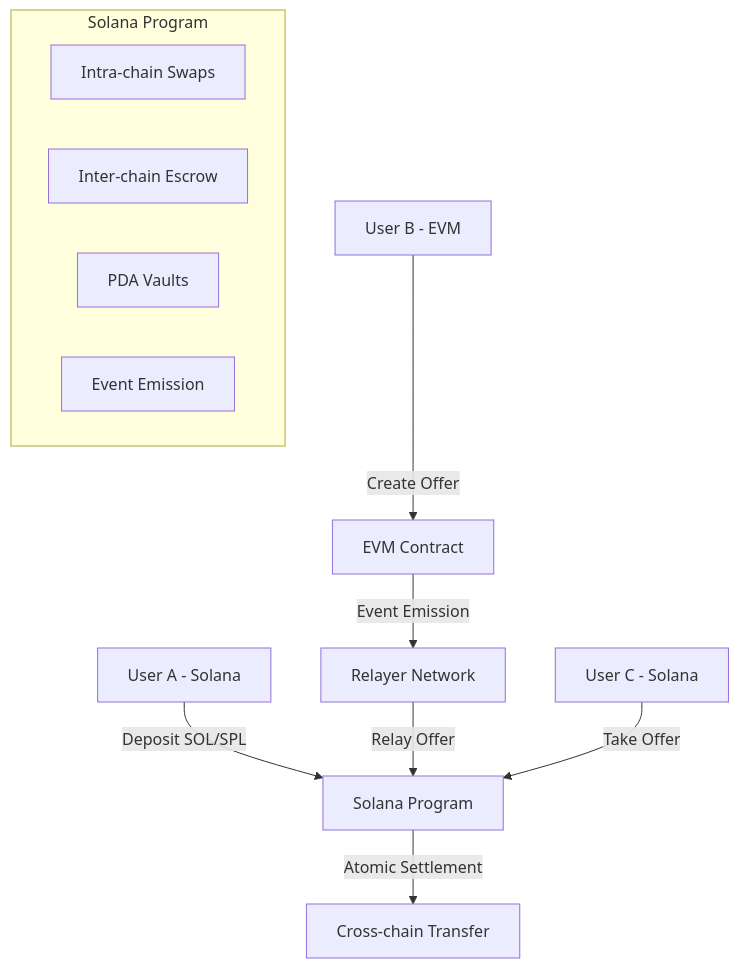
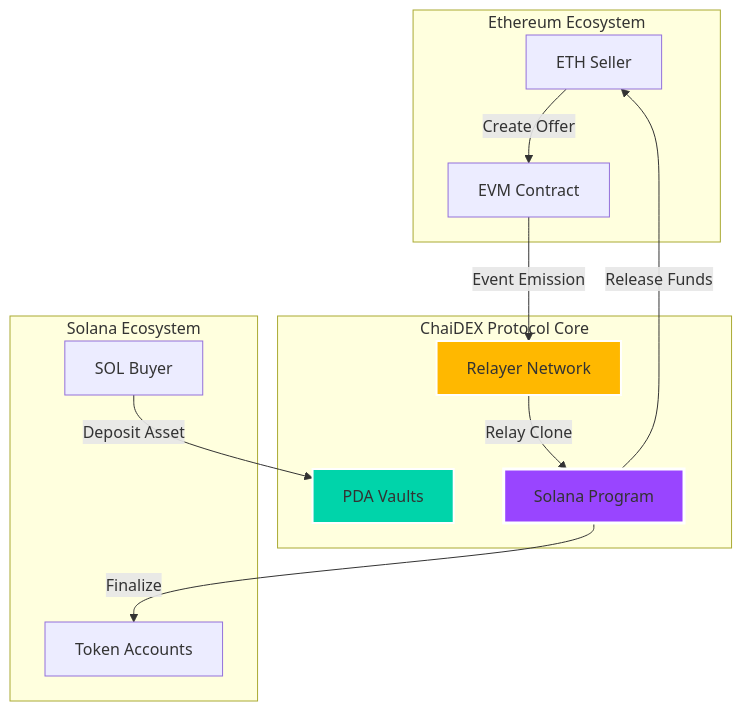
Before and after one commit to Rahul-Prasad-07/cross-chain-p2p-exchange: the first of 2 diagrams in README.md, drawn with Mermaid. The commit also changed other lines of this file and 6 other files, not shown here.

````diff
--- a/README.md
+++ b/README.md
@@ -63,16 +97,29 @@
 ```mermaid
 graph TB
-    A[User A - Solana] -->|Deposit SOL/SPL| B[Solana Program]
-    C[User B - EVM] -->|Create Offer| D[EVM Contract]
-    D -->|Event Emission| E[Relayer Network]
-    E -->|Relay Offer| B
-    F[User C - Solana] -->|Take Offer| B
-    B -->|Atomic Settlement| G[Cross-chain Transfer]
+    subgraph "Ethereum Ecosystem"
+        ETH[ETH Seller]
+        EVM[EVM Contract]
+    end
     
-    subgraph "Solana Program"
-        B1[Intra-chain Swaps]
-        B2[Inter-chain Escrow]
-        B3[PDA Vaults]
-        B4[Event Emission]
+    subgraph "ChaiDEX Protocol Core"
+        R[Relayer Network]
+        SP[Solana Program]
+        PDA[PDA Vaults]
     end
+    
+    subgraph "Solana Ecosystem"
+        SOL[SOL Buyer]
+        ATA[Token Accounts]
+    end
+    
+    ETH -->|Create Offer| EVM
+    EVM -->|Event Emission| R
+    R -->|Relay Clone| SP
+    SOL -->|Deposit Asset| PDA
+    SP -->|Finalize| ATA
+    SP -->|Release Funds| ETH
+    
+    style SP fill:#9945FF,stroke:#fff,stroke-width:3px
+    style PDA fill:#00D4AA,stroke:#fff,stroke-width:2px
+    style R fill:#FFB800,stroke:#fff,stroke-width:2px
 ```
````
